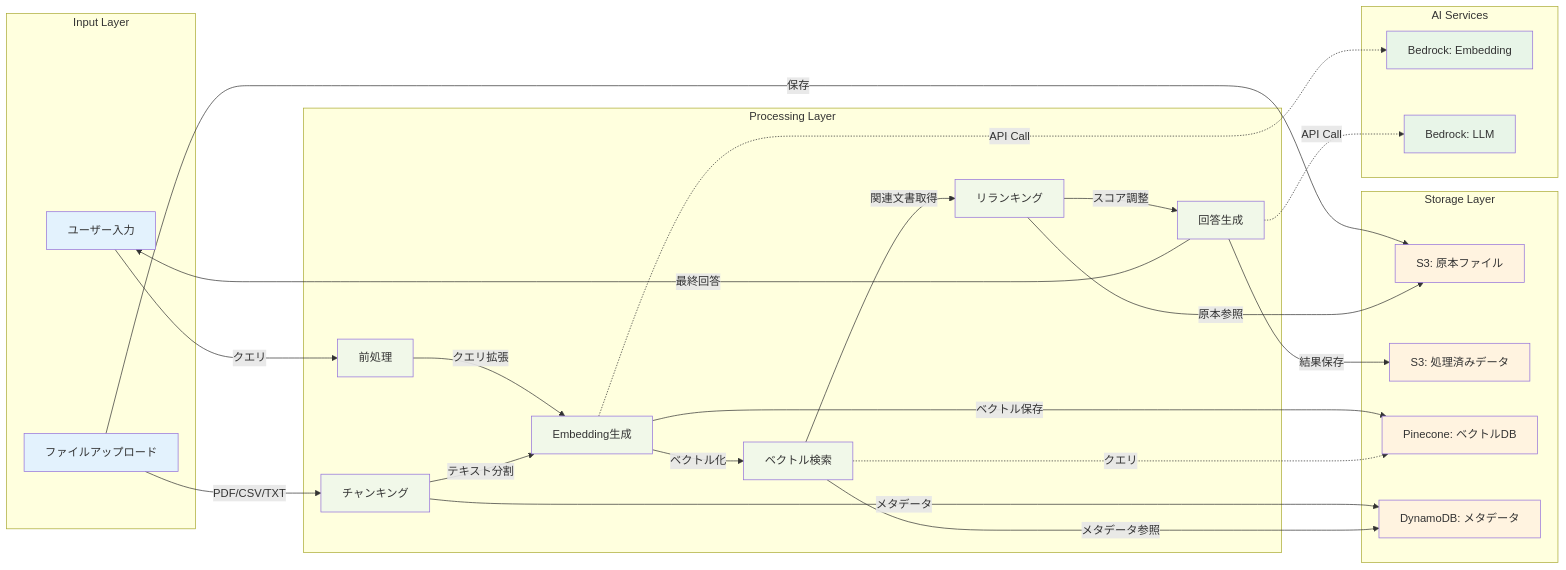
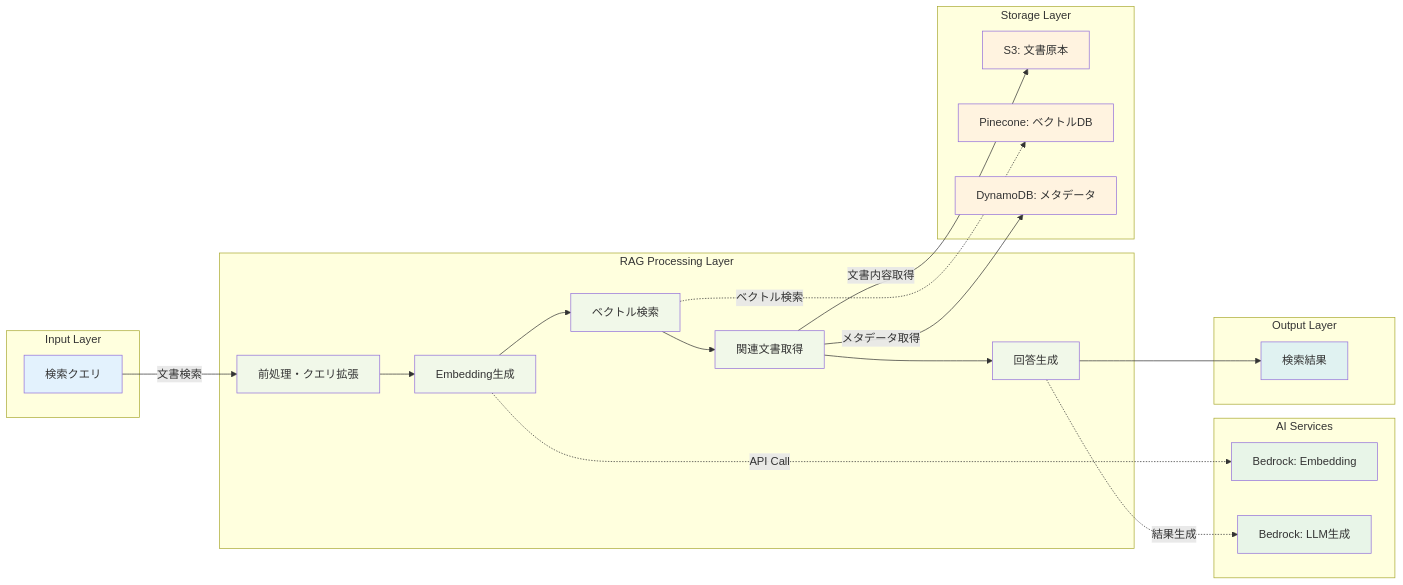
The fifth of 5 diagrams in documents/system-difinition.md (itsutose/tmp-ssi), drawn with Mermaid before and after one commit. The commit also changed other lines of this file, not shown here.

````diff
--- a/documents/system-difinition.md
+++ b/documents/system-difinition.md
@@ -525,68 +556,57 @@
 ```mermaid
 graph LR
     subgraph "Input Layer"
-        USER[ユーザー入力]
-        UPLOAD[ファイルアップロード]
+        SEARCH_QUERY[検索クエリ]
     end
     
-    subgraph "Processing Layer"
-        PREPROCESS[前処理]
-        CHUNK[チャンキング]
+    subgraph "RAG Processing Layer"
+        PREPROCESS[前処理・クエリ拡張]
         EMBED[Embedding生成]
-        SEARCH[ベクトル検索]
-        RANK[リランキング]
+        VECTOR_SEARCH[ベクトル検索]
+        RETRIEVE[関連文書取得]
         GENERATE[回答生成]
     end
     
     subgraph "Storage Layer"
-        S3_ORIG[S3: 原本ファイル]
-        S3_PROC[S3: 処理済みデータ]
-        VECTOR[Pinecone: ベクトルDB]
-        META[DynamoDB: メタデータ]
+        S3_DOCS[S3: 文書原本]
+        VECTOR_DB[Pinecone: ベクトルDB]
+        DDB_META[DynamoDB: メタデータ]
     end
     
     subgraph "AI Services"
         BEDROCK_EMBED[Bedrock: Embedding]
-        BEDROCK_LLM[Bedrock: LLM]
+        BEDROCK_LLM[Bedrock: LLM生成]
     end
     
-    %% Input Flow
-    USER -->|クエリ| PREPROCESS
-    UPLOAD -->|PDF/CSV/TXT| CHUNK
+    subgraph "Output Layer"
+        SEARCH_RESULT[検索結果]
+    end
     
     %% Processing Flow
-    PREPROCESS -->|クエリ拡張| EMBED
-    CHUNK -->|テキスト分割| EMBED
-    EMBED -->|ベクトル化| SEARCH
-    SEARCH -->|関連文書取得| RANK
-    RANK -->|スコア調整| GENERATE
+    SEARCH_QUERY -->|文書検索| PREPROCESS
+    PREPROCESS --> EMBED
+    EMBED --> VECTOR_SEARCH
+    VECTOR_SEARCH --> RETRIEVE
+    RETRIEVE --> GENERATE
+    GENERATE --> SEARCH_RESULT
     
-    %% Storage Operations
-    UPLOAD -->|保存| S3_ORIG
-    CHUNK -->|メタデータ| META
-    EMBED -->|ベクトル保存| VECTOR
-    GENERATE -->|結果保存| S3_PROC
-    
-    %% AI Service Calls
+    %% Storage Integration
     EMBED -.->|API Call| BEDROCK_EMBED
-    SEARCH -.->|クエリ| VECTOR
-    GENERATE -.->|API Call| BEDROCK_LLM
-    
-    %% Data Retrieval
-    SEARCH -->|メタデータ参照| META
-    RANK -->|原本参照| S3_ORIG
-    
-    %% Output
-    GENERATE -->|最終回答| USER
+    VECTOR_SEARCH -.->|ベクトル検索| VECTOR_DB
+    RETRIEVE -->|メタデータ取得| DDB_META
+    RETRIEVE -->|文書内容取得| S3_DOCS
+    GENERATE -.->|結果生成| BEDROCK_LLM
     
     %% Styling
     classDef input fill:#e3f2fd
     classDef process fill:#f1f8e9
     classDef storage fill:#fff3e0
     classDef ai fill:#e8f5e8
+    classDef output fill:#e0f2f1
     
-    class USER,UPLOAD input
-    class PREPROCESS,CHUNK,EMBED,SEARCH,RANK,GENERATE process
-    class S3_ORIG,S3_PROC,VECTOR,META storage
+    class SEARCH_QUERY input
+    class PREPROCESS,EMBED,VECTOR_SEARCH,RETRIEVE,GENERATE process
+    class S3_DOCS,VECTOR_DB,DDB_META storage
     class BEDROCK_EMBED,BEDROCK_LLM ai
+    class SEARCH_RESULT output
 ```
````
